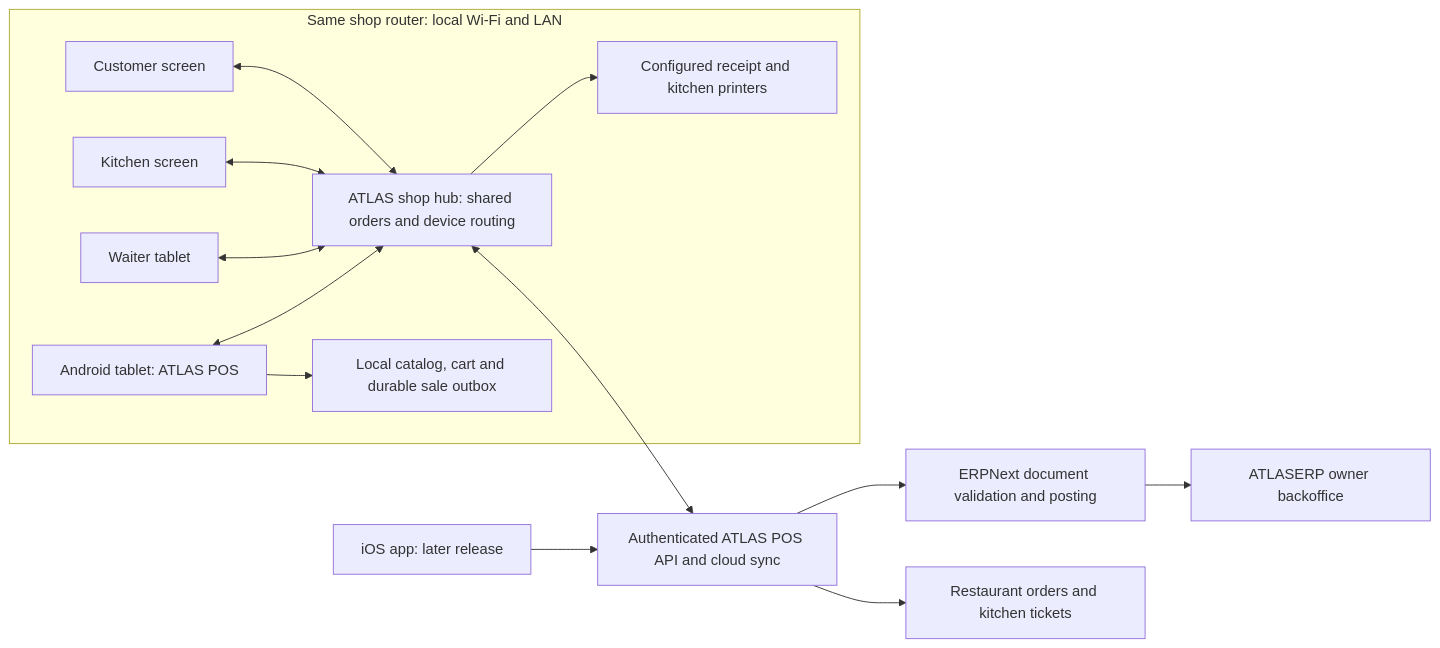
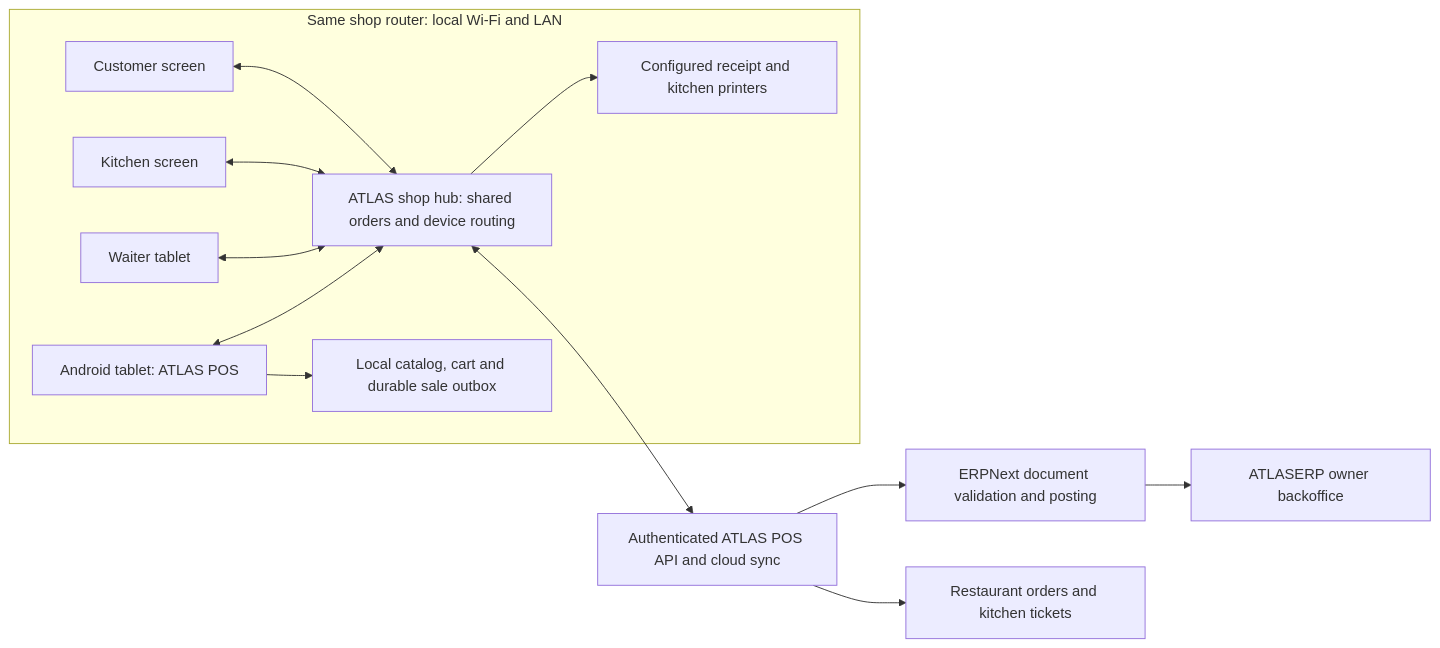
Before and after one commit to alaebouhmaladev/AtlasErp: the diagram in docs/atlas/MOBILE_POS.md, drawn with Mermaid. The commit also changed other lines of this file and 30 other files, not shown here.

````diff
--- a/docs/atlas/MOBILE_POS.md
+++ b/docs/atlas/MOBILE_POS.md
@@ -48,16 +52,15 @@
 ```mermaid
 flowchart LR
   subgraph Shop[Same shop router: local Wi-Fi and LAN]
     Tablet[Android tablet: ATLAS POS] <--> Hub[ATLAS shop hub: shared orders and device routing]
     Waiter[Waiter tablet] <--> Hub
     Kitchen[Kitchen screen] <--> Hub
     Display[Customer screen] <--> Hub
     Hub --> Printer[Configured receipt and kitchen printers]
     Tablet --> Local[Local catalog, cart and durable sale outbox]
   end
   Hub <--> API[Authenticated ATLAS POS API and cloud sync]
   API --> ERP[ERPNext document validation and posting]
   ERP --> Office[ATLASERP owner backoffice]
   API --> Restaurant[Restaurant orders and kitchen tickets]
-  Later[iOS app: later release] --> API
 ```
````
